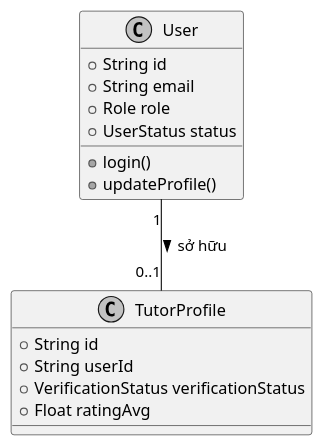
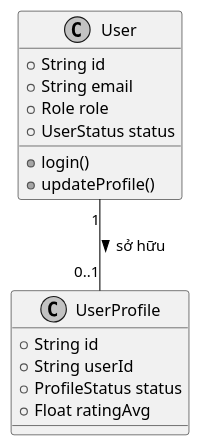
The fifth of 5 diagrams in .claude/skills/plantuml-diagrams/SKILL.md (kh4i-dev/sp-agent), drawn with PlantUML before and after one commit. The commit also changed other lines of this file and 1271 other files, not shown here.

````diff
--- a/.claude/skills/plantuml-diagrams/SKILL.md
+++ b/.claude/skills/plantuml-diagrams/SKILL.md
@@ -138,24 +273,24 @@
 ```plantuml
 @startuml
 skinparam monochrome true
 skinparam shadowing false
 
 class User {
   + String id
   + String email
   + Role role
   + UserStatus status
   + login()
   + updateProfile()
 }
 
-class TutorProfile {
+class UserProfile {
   + String id
   + String userId
-  + VerificationStatus verificationStatus
+  + ProfileStatus status
   + Float ratingAvg
 }
 
-User "1" -- "0..1" TutorProfile : sở hữu >
+User "1" -- "0..1" UserProfile : sở hữu >
 @enduml
 ```
````
